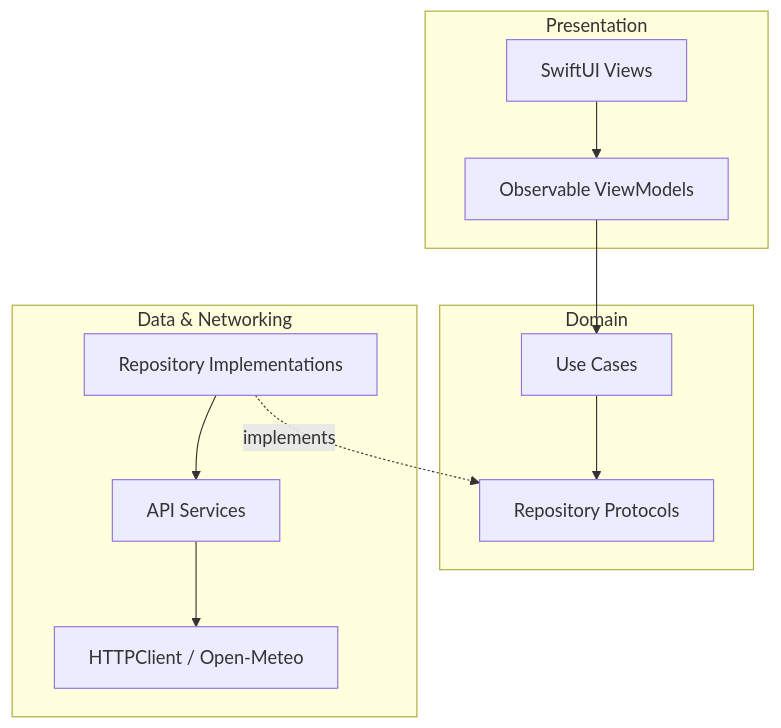
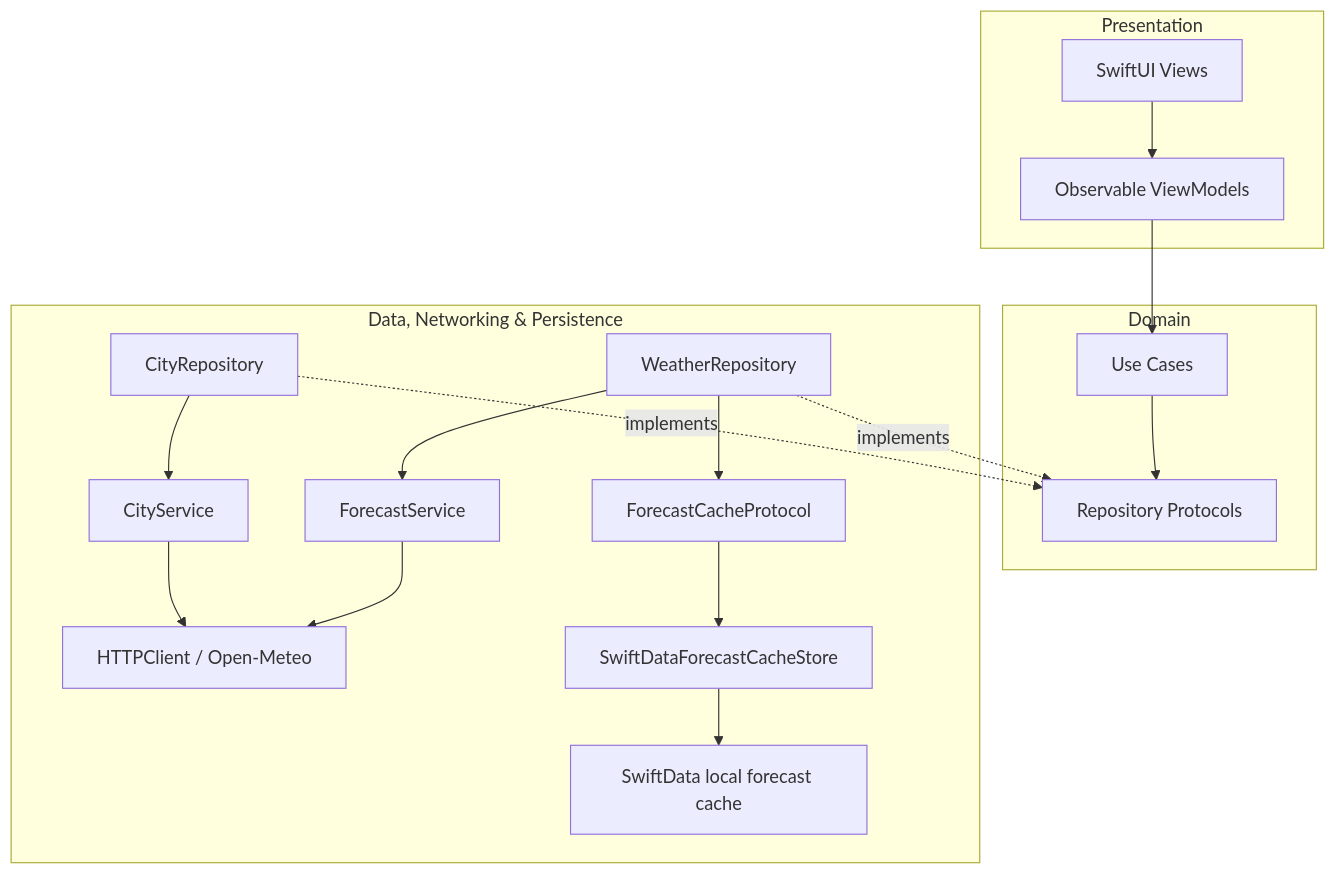
The diagram in README.md (nithingeorge3/weather-activities-ios), drawn with Mermaid before and after one commit. The commit also changed other lines of this file and 14 other files, not shown here.

Commit message:
feat: adding swiftData and updated readme file

````diff
--- a/README.md
+++ b/README.md
@@ -30,15 +31,21 @@
 ```mermaid
 flowchart TD
     subgraph Presentation
         V["SwiftUI Views"] --> VM["Observable ViewModels"]
     end
     subgraph Domain
         UC["Use Cases"] --> RP["Repository Protocols"]
     end
-    subgraph Data["Data & Networking"]
-        RI["Repository Implementations"] --> S["API Services"]
-        S --> HC["HTTPClient / Open-Meteo"]
+    subgraph Data["Data, Networking & Persistence"]
+        CR["CityRepository"] --> CS["CityService"]
+        WR["WeatherRepository"] --> FS["ForecastService"]
+        CS --> HC["HTTPClient / Open-Meteo"]
+        FS --> HC
+        WR --> CP["ForecastCacheProtocol"]
+        CP --> SD["SwiftDataForecastCacheStore"]
+        SD --> DB["SwiftData local forecast cache"]
     end
     VM --> UC
-    RI -. "implements" .-> RP
+    CR -. "implements" .-> RP
+    WR -. "implements" .-> RP
 ```
````
